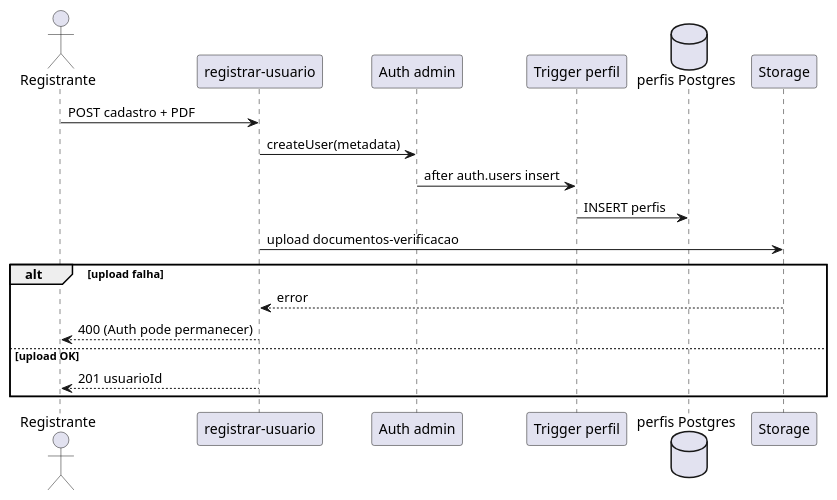
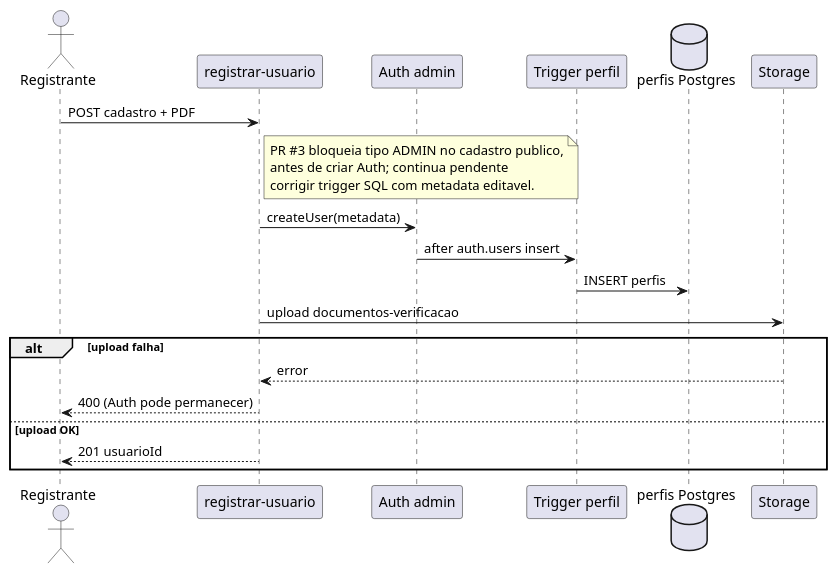
One commit to DanieldeAlmeida2024/FoodBridge-Core-Supabase changed the diagram in docs/uml/02_sequencia.puml. Above: the diagram before and after it, drawn with PlantUML. The commit also changed 7 other files, not shown here.

```diff
--- a/docs/uml/02_sequencia.puml
+++ b/docs/uml/02_sequencia.puml
@@ -1,19 +1,24 @@
 @startuml
 actor Registrante
 participant "registrar-usuario" as F
 participant "Auth admin" as A
 participant "Trigger perfil" as T
 database "perfis Postgres" as P
 participant "Storage" as S
 Registrante -> F : POST cadastro + PDF
+note right of F
+PR #3 bloqueia tipo ADMIN no cadastro publico,
+antes de criar Auth; continua pendente
+corrigir trigger SQL com metadata editavel.
+end note
 F -> A : createUser(metadata)
 A -> T : after auth.users insert
 T -> P : INSERT perfis
 F -> S : upload documentos-verificacao
 alt upload falha
 S --> F : error
 F --> Registrante : 400 (Auth pode permanecer)
 else upload OK
 F --> Registrante : 201 usuarioId
 end
 @enduml
```
